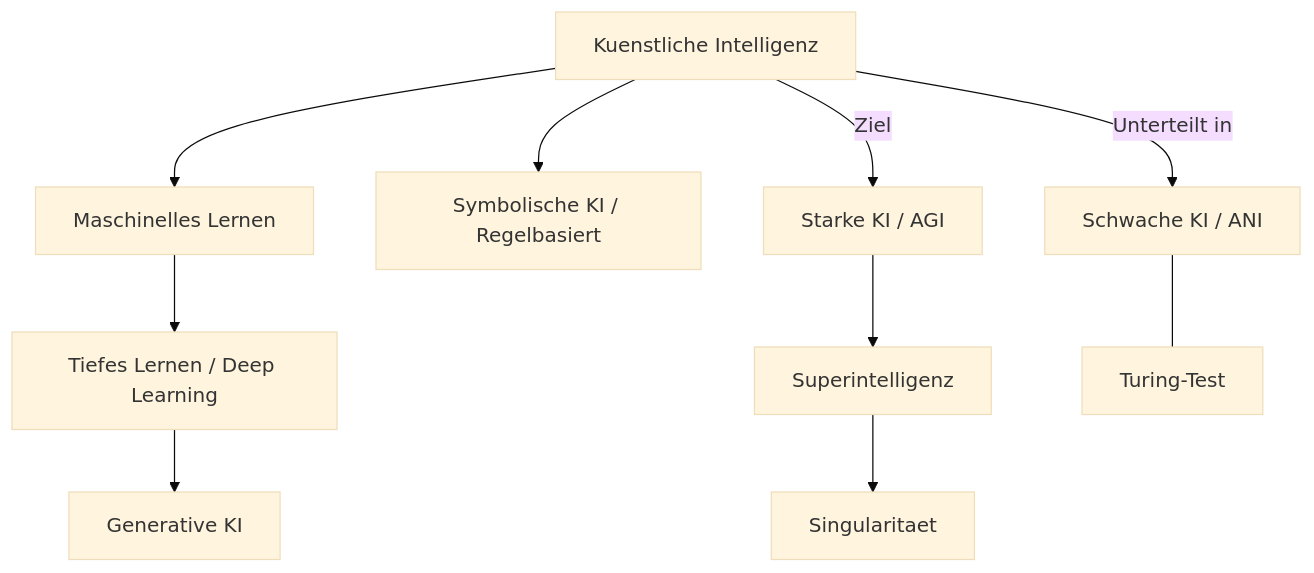
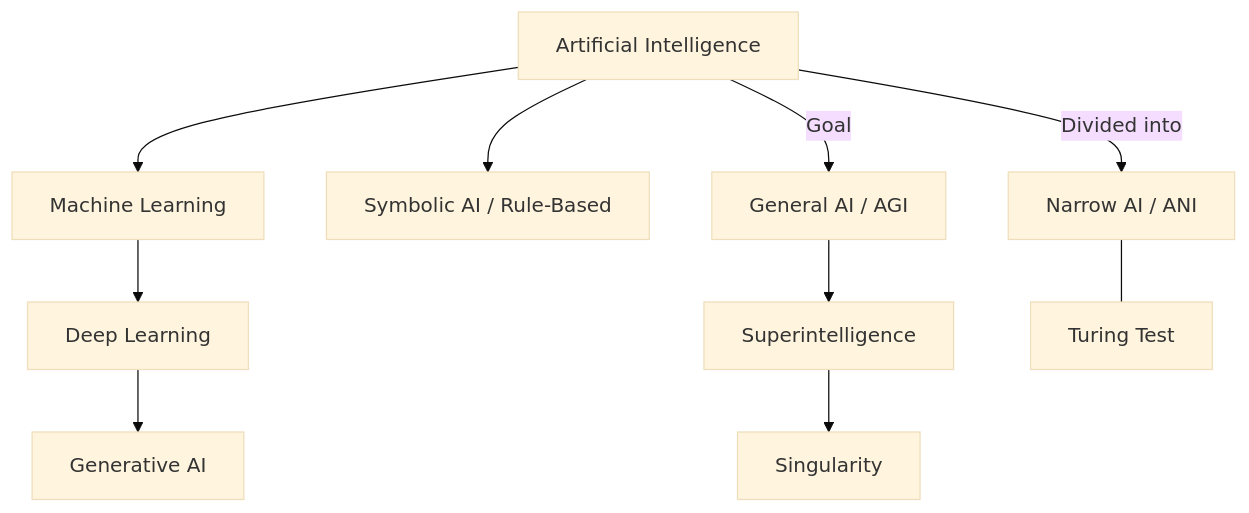
Before and after one commit to roger-infanger-weibel/ghostwriter.ai: the first of 19 diagrams in glossary/rendered/AI-Glossary.md, drawn with Mermaid (base theme). The commit also changed other lines of this file and 24 other files, not shown here.

````diff
--- a/glossary/rendered/AI-Glossary.md
+++ b/glossary/rendered/AI-Glossary.md
@@ -8,14 +8,14 @@
 ```mermaid
 graph TD
-    AI[Kuenstliche Intelligenz] --> ML[Maschinelles Lernen]
-    AI --> SKI[Symbolische KI / Regelbasiert]
-    ML --> DL[Tiefes Lernen / Deep Learning]
-    DL --> GenAI[Generative KI]
-    
-    AI -- Unterteilt in --> WeakAI[Schwache KI / ANI]
-    AI -- Ziel --> StrongAI[Starke KI / AGI]
-    StrongAI --> ASI[Superintelligenz]
-    ASI --> Singularity[Singularitaet]
-    
-    WeakAI --- Turing[Turing-Test]
+    AI[Artificial Intelligence] --> ML[Machine Learning]
+    AI --> SKI[Symbolic AI / Rule-Based]
+    ML --> DL[Deep Learning]
+    DL --> GenAI[Generative AI]
+
+    AI -- Divided into --> WeakAI[Narrow AI / ANI]
+    AI -- Goal --> StrongAI[General AI / AGI]
+    StrongAI --> ASI[Superintelligence]
+    ASI --> Singularity[Singularity]
+
+    WeakAI --- Turing[Turing Test]
 ```
````
